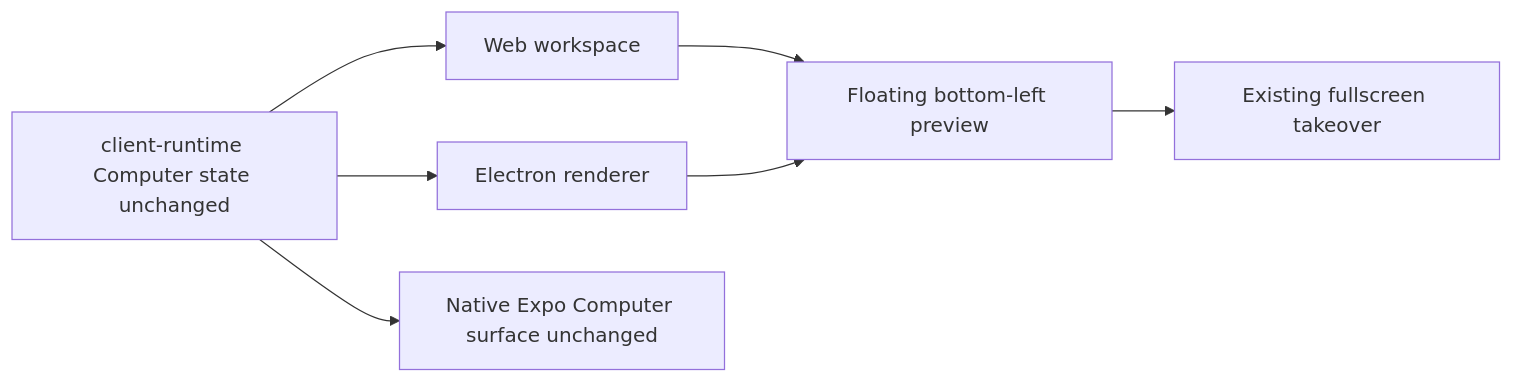
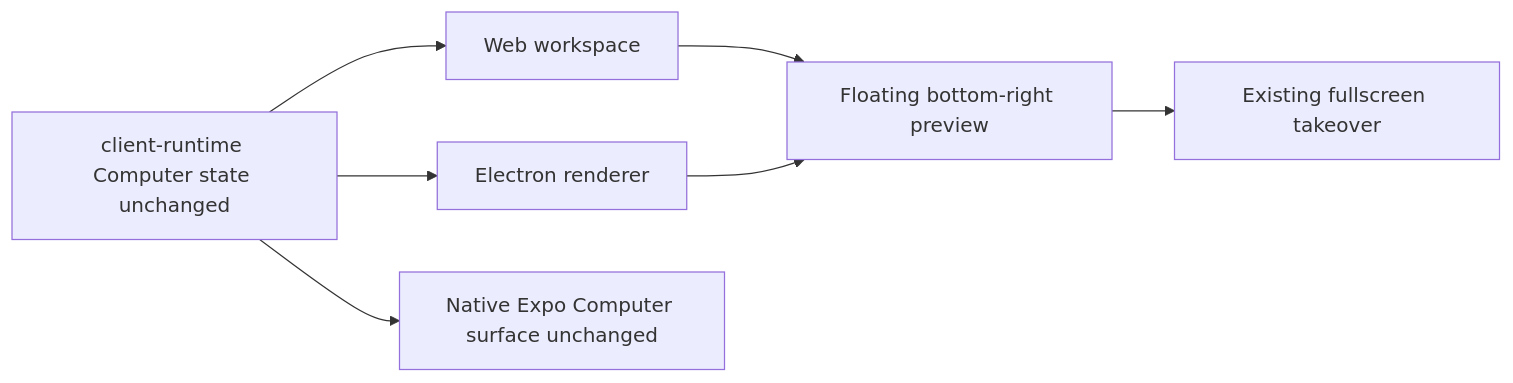
Before and after one commit to trytilde/dispatch: the diagram in docs/updates/83.md, drawn with Mermaid. The commit also changed other lines of this file and 3 other files, not shown here.

Commit message:
fix(workspace): float computer preview bottom right

````diff
--- a/docs/updates/83.md
+++ b/docs/updates/83.md
@@ -14,9 +14,9 @@
 ```mermaid
 flowchart LR
   R[client-runtime Computer state unchanged] --> W[Web workspace]
   R --> E[Electron renderer]
-  W --> F[Floating bottom-left preview]
+  W --> F[Floating bottom-right preview]
   E --> F
   F --> T[Existing fullscreen takeover]
   R --> M[Native Expo Computer surface unchanged]
 ```
````
